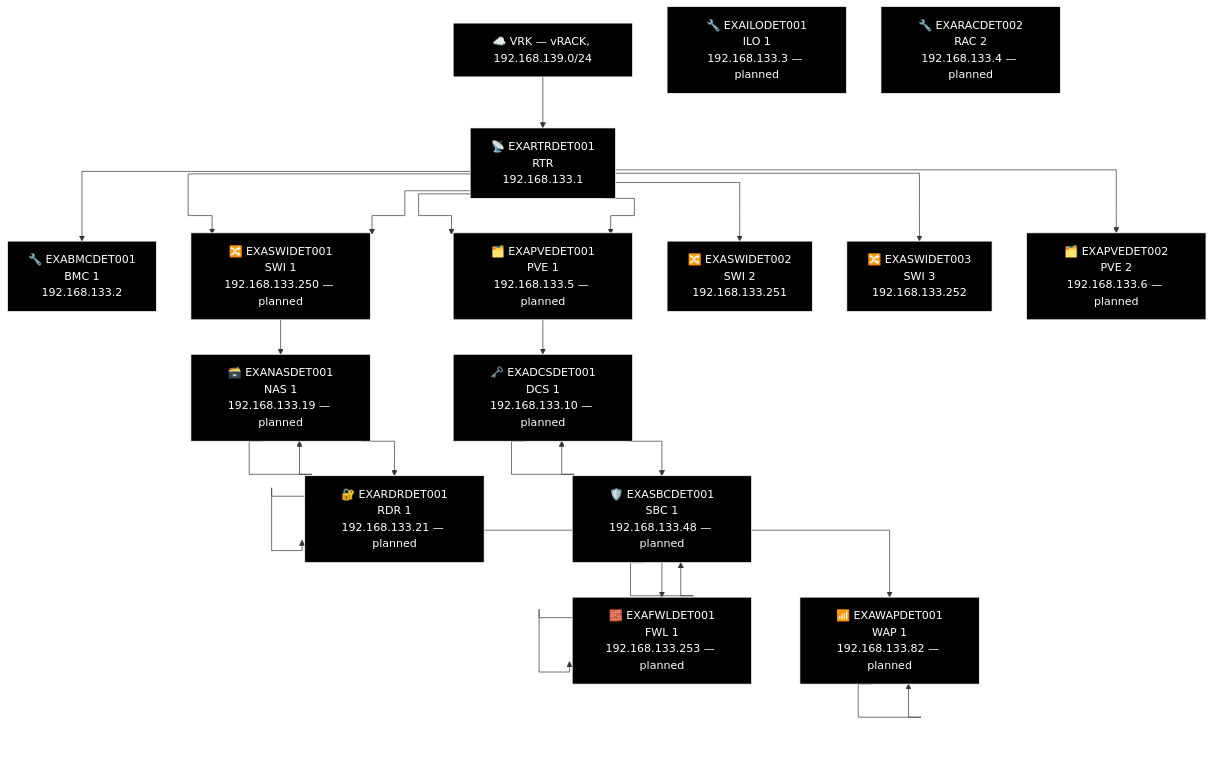
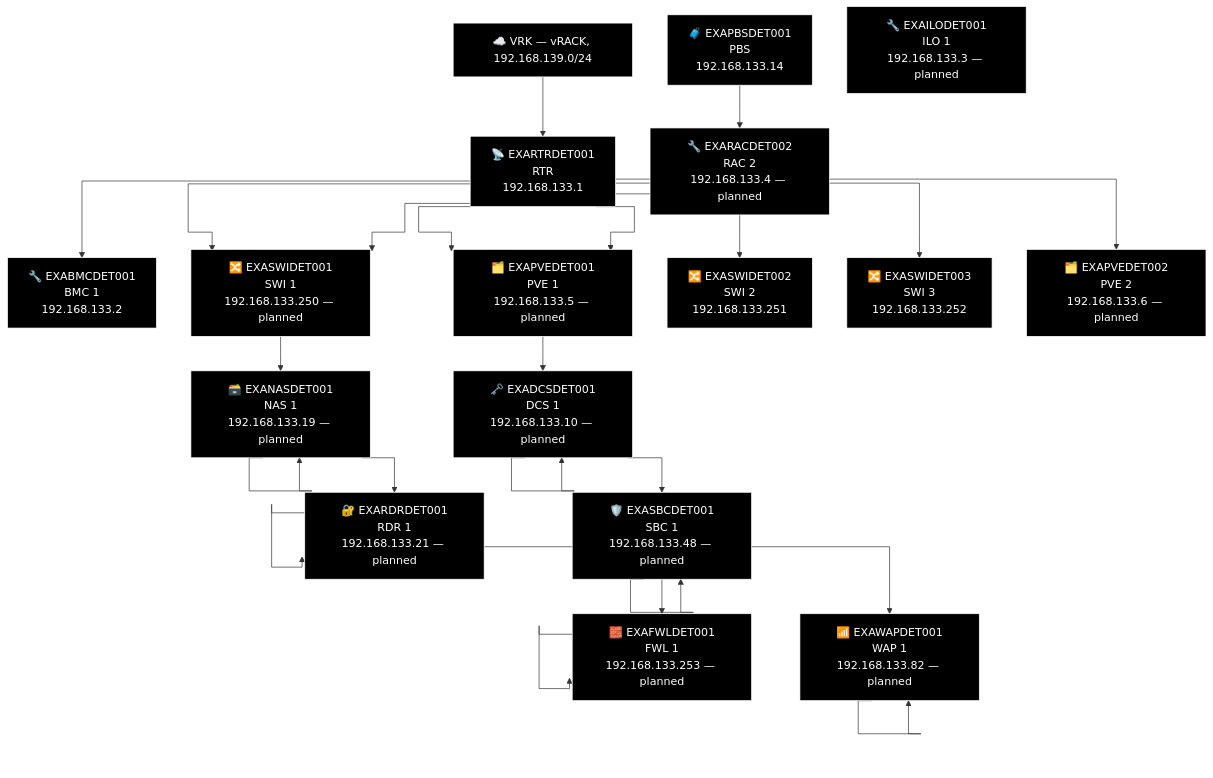
One commit to knightmare2600/example_music_infra changed diagram 21 of 21 in docs/network-diagram/united-states.md. Above: the diagram before and after it, drawn with Mermaid. The commit also changed other lines of this file and 14 other files, not shown here.

First line of the commit message:
docs/network-diagram: regenerate, every site was missing its PBS node

````diff
--- a/docs/network-diagram/united-states.md
+++ b/docs/network-diagram/united-states.md
@@ -1013,65 +1038,68 @@
 ```mermaid
 %% GENERATED:TOPOLOGY:DET:START
 %%{init: {'flowchart': {'curve': 'stepAfter'}}}%%
 graph TD
     T_VRK["☁️ VRK — vRACK, 192.168.139.0/24"]
     T_RTR["📡 EXARTRDET001<br/>RTR<br/>192.168.133.1"]
     T_VRK --> T_RTR
     T_BMC["🔧 EXABMCDET001<br/>BMC 1<br/>192.168.133.2"]
     T_RTR --> T_BMC
     T_PVE["🗂️ EXAPVEDET001<br/>PVE 1<br/>192.168.133.5"]
     T_RTR --> T_PVE
     T_SWI["🔀 EXASWIDET001<br/>SWI 1<br/>192.168.133.250"]
     T_RTR --> T_SWI
     T_SWI2["🔀 EXASWIDET002<br/>SWI 2<br/>192.168.133.251"]
     T_RTR --> T_SWI2
     T_SWI3["🔀 EXASWIDET003<br/>SWI 3<br/>192.168.133.252"]
     T_RTR --> T_SWI3
     T_SWI["🔀 EXASWIDET001<br/>SWI 1<br/>192.168.133.250 — planned"]
     T_RTR --> T_SWI
     T_PVE["🗂️ EXAPVEDET001<br/>PVE 1<br/>192.168.133.5 — planned"]
     T_RTR --> T_PVE
     T_PVE2["🗂️ EXAPVEDET002<br/>PVE 2<br/>192.168.133.6 — planned"]
     T_RTR --> T_PVE2
     T_NAS["🗃️ EXANASDET001<br/>NAS<br/>192.168.133.19"]
     T_NAS["🗃️ EXANASDET001<br/>NAS 1<br/>192.168.133.19 — planned"]
     T_RDR["🔐 EXARDRDET001<br/>RDR<br/>192.168.133.21"]
     T_RDR["🔐 EXARDRDET001<br/>RDR 1<br/>192.168.133.21 — planned"]
     T_WAP["📶 EXAWAPDET001<br/>WAP 1<br/>192.168.133.82"]
     T_WAP["📶 EXAWAPDET001<br/>WAP 1<br/>192.168.133.82 — planned"]
     T_SWI --> T_NAS --> T_NAS --> T_RDR --> T_RDR --> T_WAP --> T_WAP
     T_DCS["🗝️ EXADCSDET001<br/>DCS 1<br/>192.168.133.10"]
     T_DCS["🗝️ EXADCSDET001<br/>DCS 1<br/>192.168.133.10 — planned"]
     T_SBC["🛡️ EXASBCDET001<br/>SBC<br/>192.168.133.48"]
     T_SBC["🛡️ EXASBCDET001<br/>SBC 1<br/>192.168.133.48 — planned"]
     T_FWL["🧱 EXAFWLDET001<br/>LAN Face<br/>192.168.133.253"]
     T_FWL["🧱 EXAFWLDET001<br/>FWL 1<br/>192.168.133.253 — planned"]
     T_PVE --> T_DCS --> T_DCS --> T_SBC --> T_SBC --> T_FWL --> T_FWL
+    T_PBS["🧳 EXAPBSDET001<br/>PBS<br/>192.168.133.14"]
     T_ILO["🔧 EXAILODET001<br/>ILO 1<br/>192.168.133.3 — planned"]
     T_RAC["🔧 EXARACDET002<br/>RAC 2<br/>192.168.133.4 — planned"]
+    T_PBS --> T_RAC
     style T_VRK fill:#000000,stroke:#FFFFFF,color:#FFFFFF
     style T_RTR fill:#000000,stroke:#FFFFFF,color:#FFFFFF
     style T_BMC fill:#000000,stroke:#FFFFFF,color:#FFFFFF
     style T_PVE fill:#000000,stroke:#FFFFFF,color:#FFFFFF
     style T_SWI fill:#000000,stroke:#FFFFFF,color:#FFFFFF
     style T_SWI2 fill:#000000,stroke:#FFFFFF,color:#FFFFFF
     style T_SWI3 fill:#000000,stroke:#FFFFFF,color:#FFFFFF
     style T_SWI fill:#000000,stroke:#FFFFFF,color:#FFFFFF
     style T_PVE fill:#000000,stroke:#FFFFFF,color:#FFFFFF
     style T_PVE2 fill:#000000,stroke:#FFFFFF,color:#FFFFFF
     style T_NAS fill:#000000,stroke:#FFFFFF,color:#FFFFFF
     style T_NAS fill:#000000,stroke:#FFFFFF,color:#FFFFFF
     style T_RDR fill:#000000,stroke:#FFFFFF,color:#FFFFFF
     style T_RDR fill:#000000,stroke:#FFFFFF,color:#FFFFFF
     style T_WAP fill:#000000,stroke:#FFFFFF,color:#FFFFFF
     style T_WAP fill:#000000,stroke:#FFFFFF,color:#FFFFFF
     style T_DCS fill:#000000,stroke:#FFFFFF,color:#FFFFFF
     style T_DCS fill:#000000,stroke:#FFFFFF,color:#FFFFFF
     style T_SBC fill:#000000,stroke:#FFFFFF,color:#FFFFFF
     style T_SBC fill:#000000,stroke:#FFFFFF,color:#FFFFFF
     style T_FWL fill:#000000,stroke:#FFFFFF,color:#FFFFFF
     style T_FWL fill:#000000,stroke:#FFFFFF,color:#FFFFFF
+    style T_PBS fill:#000000,stroke:#FFFFFF,color:#FFFFFF
     style T_ILO fill:#000000,stroke:#FFFFFF,color:#FFFFFF
     style T_RAC fill:#000000,stroke:#FFFFFF,color:#FFFFFF
 %% GENERATED:TOPOLOGY:DET:END
 ```
````
